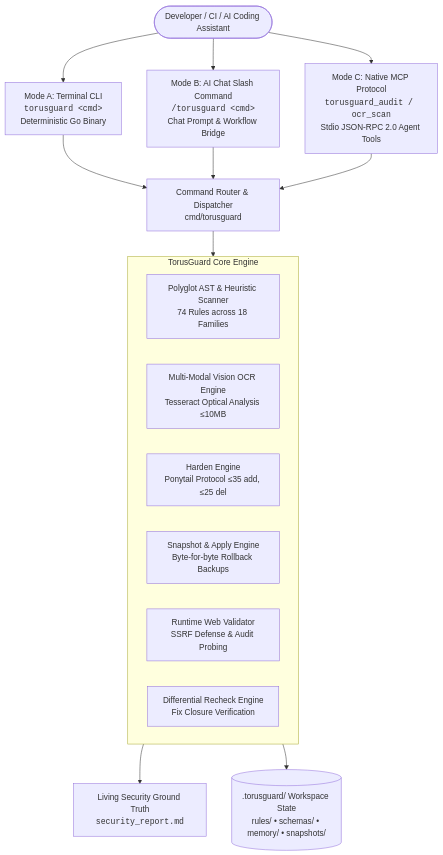
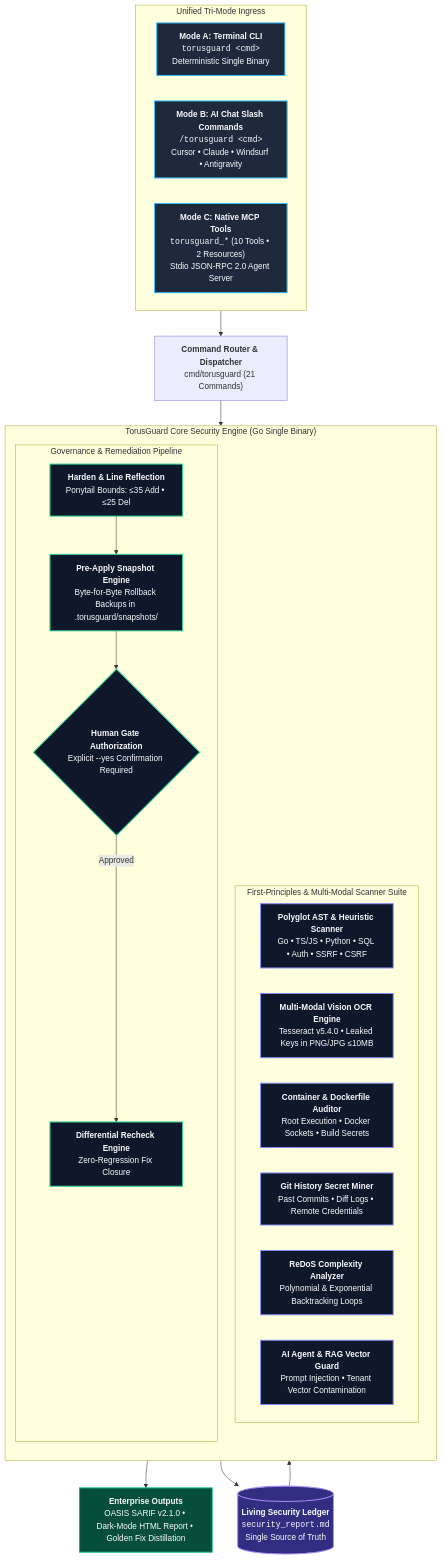
The diagram in README.md (githubmofo/TorusGuard), drawn with Mermaid before and after one commit. The commit also changed other lines of this file and 132 other files, not shown here.

````diff
--- a/README.md
+++ b/README.md
@@ -111,26 +115,49 @@
 ```mermaid
 flowchart TD
-    User([Developer / CI / AI Coding Assistant])
-    
-    User --> ModeA[Mode A: Terminal CLI<br/><code>torusguard &lt;cmd&gt;</code><br/>Deterministic Go Binary]
-    User --> ModeB[Mode B: AI Chat Slash Command<br/><code>/torusguard &lt;cmd&gt;</code><br/>Chat Prompt & Workflow Bridge]
-    User --> ModeC[Mode C: Native MCP Protocol<br/><code>torusguard_audit / ocr_scan</code><br/>Stdio JSON-RPC 2.0 Agent Tools]
-    
-    ModeA --> Router[Command Router & Dispatcher<br/>cmd/torusguard]
-    ModeB --> Router
-    ModeC --> Router
-    
-    Router --> Engine
-    
-    subgraph Engine[TorusGuard Core Engine]
-        Scanner[Polyglot AST & Heuristic Scanner<br/>74 Rules across 18 Families]
-        OCR[Multi-Modal Vision OCR Engine<br/>Tesseract Optical Analysis &le;10MB]
-        Harden[Harden Engine<br/>Ponytail Protocol &le;35 add, &le;25 del]
-        Apply[Snapshot & Apply Engine<br/>Byte-for-byte Rollback Backups]
-        Validate[Runtime Web Validator<br/>SSRF Defense & Audit Probing]
-        Recheck[Differential Recheck Engine<br/>Fix Closure Verification]
+    subgraph Ingress["Unified Tri-Mode Ingress"]
+        ModeA["<b>Mode A: Terminal CLI</b><br/><code>torusguard &lt;cmd&gt;</code><br/>Deterministic Single Binary"]
+        ModeB["<b>Mode B: AI Chat Slash Commands</b><br/><code>/torusguard &lt;cmd&gt;</code><br/>Cursor &bull; Claude &bull; Windsurf &bull; Antigravity"]
+        ModeC["<b>Mode C: Native MCP Tools</b><br/><code>torusguard_*</code> (10 Tools &bull; 2 Resources)<br/>Stdio JSON-RPC 2.0 Agent Server"]
     end
-    
-    Engine --> Ledger[Living Security Ground Truth<br/><code>security_report.md</code>]
-    Engine --> Workspace[(.torusguard/ Workspace State<br/>rules/ &bull; schemas/ &bull; memory/ &bull; snapshots/)]
+
+    Ingress --> Router["<b>Command Router &amp; Dispatcher</b><br/>cmd/torusguard (21 Commands)"]
+
+    subgraph Core["TorusGuard Core Security Engine (Go Single Binary)"]
+        direction TB
+        subgraph Scanners["First-Principles &amp; Multi-Modal Scanner Suite"]
+            AST["<b>Polyglot AST &amp; Heuristic Scanner</b><br/>Go &bull; TS/JS &bull; Python &bull; SQL &bull; Auth &bull; SSRF &bull; CSRF"]
+            OCR["<b>Multi-Modal Vision OCR Engine</b><br/>Tesseract v5.4.0 &bull; Leaked Keys in PNG/JPG &le;10MB"]
+            Container["<b>Container &amp; Dockerfile Auditor</b><br/>Root Execution &bull; Docker Sockets &bull; Build Secrets"]
+            GitMine["<b>Git History Secret Miner</b><br/>Past Commits &bull; Diff Logs &bull; Remote Credentials"]
+            ReDoS["<b>ReDoS Complexity Analyzer</b><br/>Polynomial &amp; Exponential Backtracking Loops"]
+            AIGuard["<b>AI Agent &amp; RAG Vector Guard</b><br/>Prompt Injection &bull; Tenant Vector Contamination"]
+        end
+
+        subgraph Governance["Governance &amp; Remediation Pipeline"]
+            Harden["<b>Harden &amp; Line Reflection</b><br/>Ponytail Bounds: &le;35 Add &bull; &le;25 Del"]
+            Snapshot["<b>Pre-Apply Snapshot Engine</b><br/>Byte-for-Byte Rollback Backups in .torusguard/snapshots/"]
+            HumanGate{"<b>Human Gate Authorization</b><br/>Explicit --yes Confirmation Required"}
+            Recheck["<b>Differential Recheck Engine</b><br/>Zero-Regression Fix Closure"]
+        end
+    end
+
+    Router --> Scanners
+    Scanners --> Ledger[("<b>Living Security Ledger</b><br/><code>security_report.md</code><br/>Single Source of Truth")]
+    Ledger --> Harden
+    Harden --> Snapshot
+    Snapshot --> HumanGate
+    HumanGate -- Approved --> Recheck
+    Recheck --> Outputs["<b>Enterprise Outputs</b><br/>OASIS SARIF v2.1.0 &bull; Dark-Mode HTML Report &bull; Golden Fix Distillation"]
+
+    classDef ingressStyle fill:#1e293b,stroke:#38bdf8,stroke-width:2px,color:#f8fafc;
+    classDef scannerStyle fill:#0f172a,stroke:#818cf8,stroke-width:2px,color:#f8fafc;
+    classDef govStyle fill:#0f172a,stroke:#34d399,stroke-width:2px,color:#f8fafc;
+    classDef ledgerStyle fill:#312e81,stroke:#a78bfa,stroke-width:2px,color:#f8fafc;
+    classDef outStyle fill:#064e3b,stroke:#10b981,stroke-width:2px,color:#f8fafc;
+
+    class ModeA,ModeB,ModeC ingressStyle;
+    class AST,OCR,Container,GitMine,ReDoS,AIGuard scannerStyle;
+    class Harden,Snapshot,HumanGate,Recheck govStyle;
+    class Ledger ledgerStyle;
+    class Outputs outStyle;
 ```
````
